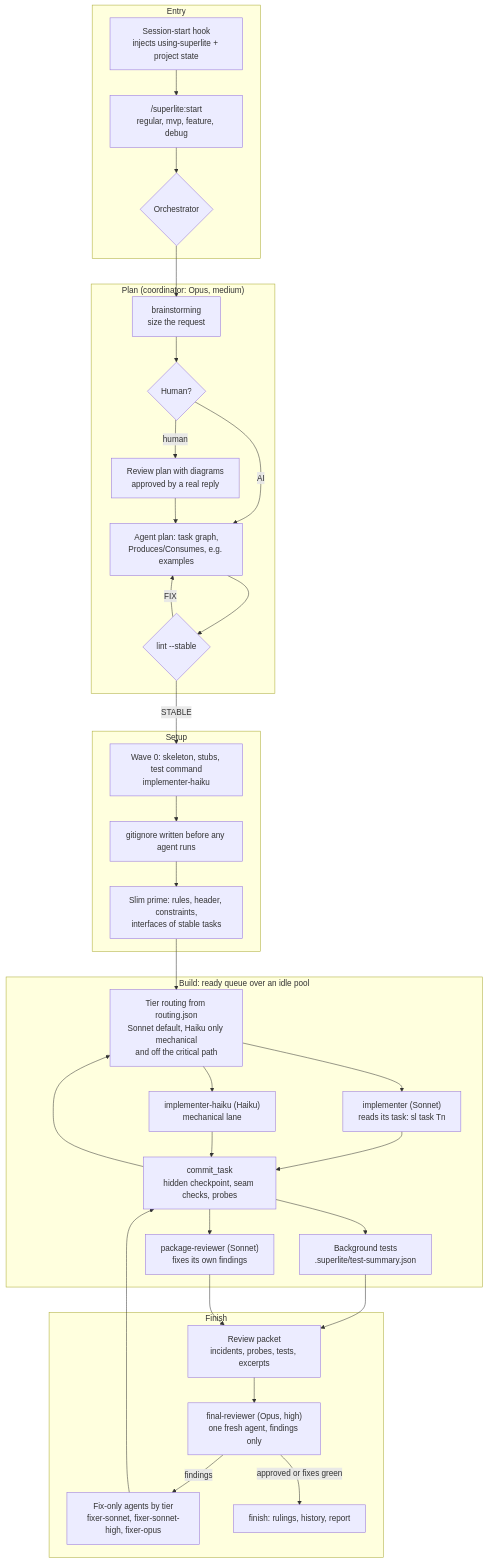
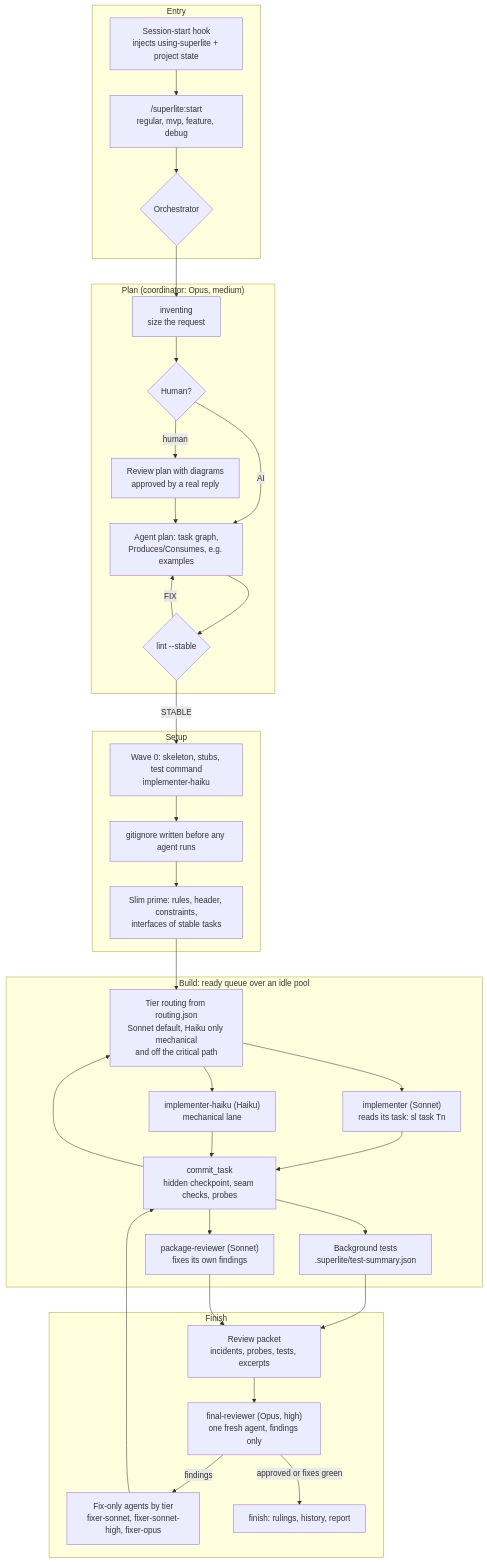
The first of 2 diagrams in docs/specs/2026-10-19-superlite-architecture-current.md (iha2/superlite), drawn with Mermaid before and after one commit. The commit also changed 146 other files, not shown here.

````diff
--- a/docs/specs/2026-10-19-superlite-architecture-current.md
+++ b/docs/specs/2026-10-19-superlite-architecture-current.md
@@ -7,50 +7,50 @@
 ```mermaid
 flowchart TB
   subgraph E["Entry"]
     E0["Session-start hook<br/>injects using-superlite + project state"] --> E1["/superlite:start<br/>regular, mvp, feature, debug"]
     E1 --> E2{"Orchestrator"}
   end
   subgraph P["Plan  (coordinator: Opus, medium)"]
-    P1["brainstorming<br/>size the request"] --> P2{"Human?"}
+    P1["inventing<br/>size the request"] --> P2{"Human?"}
     P2 -- "human" --> P3["Review plan with diagrams<br/>approved by a real reply"]
     P2 -- "AI" --> P4["Agent plan: task graph,<br/>Produces/Consumes, e.g. examples"]
     P3 --> P4
     P4 --> P5{"lint --stable"}
     P5 -- FIX --> P4
   end
   subgraph S["Setup"]
     S1["Wave 0: skeleton, stubs, test command<br/>implementer-haiku"]
     S2["gitignore written before any agent runs"]
     S3["Slim prime: rules, header, constraints,<br/>interfaces of stable tasks"]
   end
   subgraph B["Build: ready queue over an idle pool"]
     B1["Tier routing from routing.json<br/>Sonnet default, Haiku only mechanical<br/>and off the critical path"]
     B2["implementer (Sonnet)<br/>reads its task: sl task Tn"]
     B2H["implementer-haiku (Haiku)<br/>mechanical lane"]
     B3["commit_task<br/>hidden checkpoint, seam checks, probes"]
     B4["Background tests<br/>.superlite/test-summary.json"]
     B5["package-reviewer (Sonnet)<br/>fixes its own findings"]
   end
   subgraph F["Finish"]
     F1["Review packet<br/>incidents, probes, tests, excerpts"]
     F2["final-reviewer (Opus, high)<br/>one fresh agent, findings only"]
     F3["Fix-only agents by tier<br/>fixer-sonnet, fixer-sonnet-high, fixer-opus"]
     F4["finish: rulings, history, report"]
   end
   E2 --> P1
   P5 -- STABLE --> S1
   S1 --> S2 --> S3 --> B1
   B1 --> B2
   B1 --> B2H
   B2 --> B3
   B2H --> B3
   B3 --> B4
   B3 --> B5
   B3 --> B1
   B4 --> F1
   B5 --> F1
   F1 --> F2
   F2 -- findings --> F3
   F3 --> B3
   F2 -- "approved or fixes green" --> F4
 ```
````
